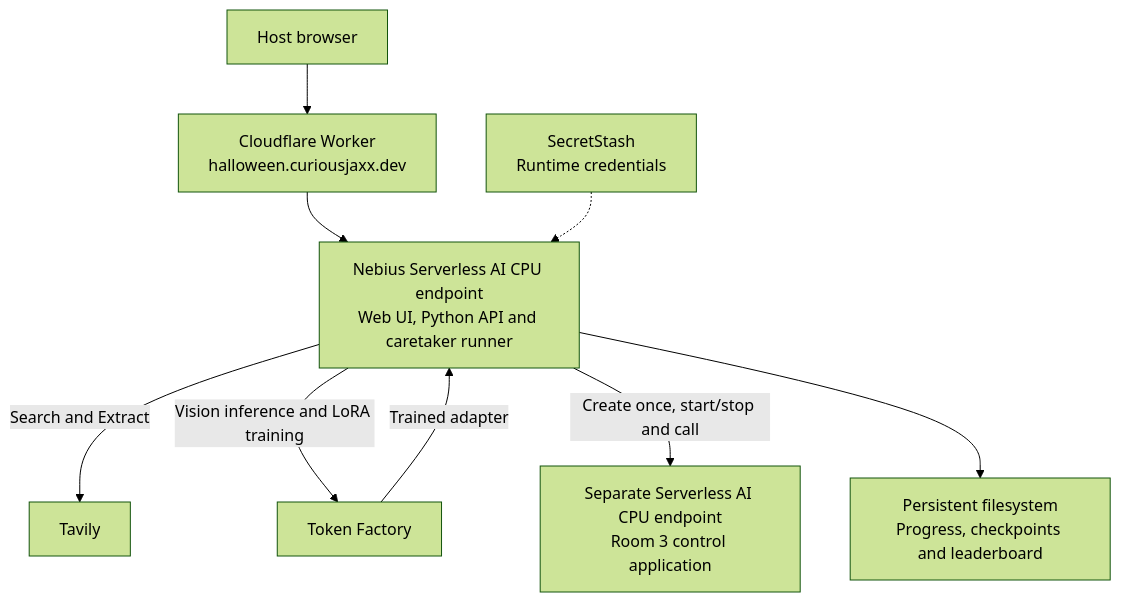
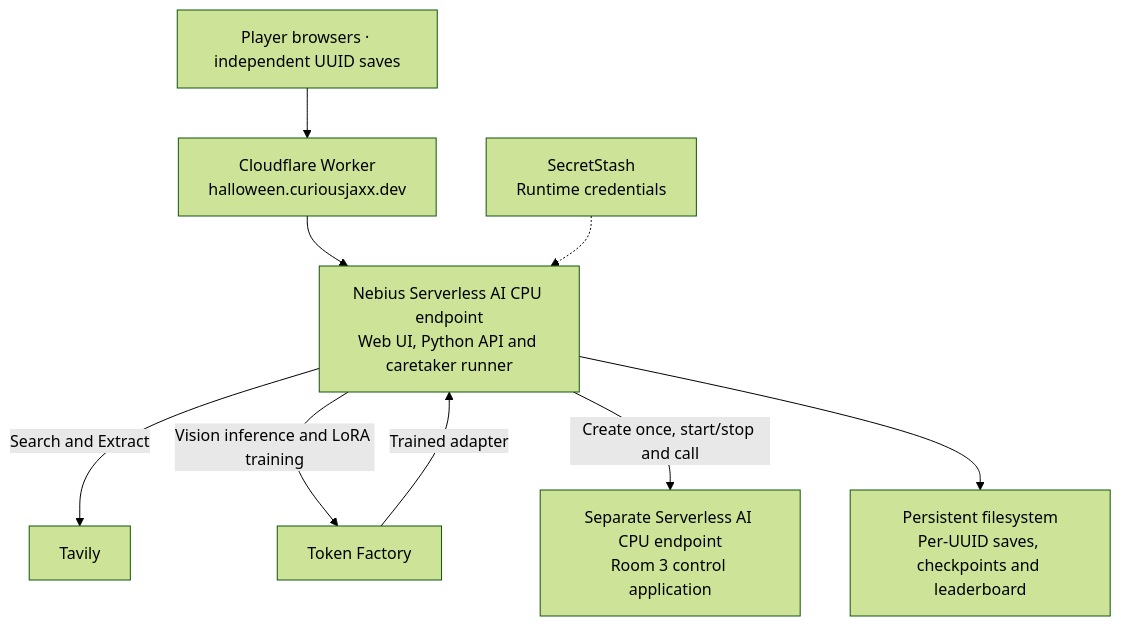
The diagram in README.md (gogococo/haunted-datacenter), drawn with Mermaid (forest theme) before and after one commit. The commit also changed other lines of this file and 13 other files, not shown here.

Commit message:
Add public UUID saves with isolated progress and shared CPU resources

````diff
--- a/README.md
+++ b/README.md
@@ -53,11 +53,11 @@
 ```mermaid
 flowchart TD
-    Browser[Host browser] --> Edge[Cloudflare Worker<br/>halloween.curiousjaxx.dev]
+    Browser[Player browsers · independent UUID saves] --> Edge[Cloudflare Worker<br/>halloween.curiousjaxx.dev]
     Edge --> Game[Nebius Serverless AI CPU endpoint<br/>Web UI, Python API and caretaker runner]
     Game -->|Search and Extract| Tavily[Tavily]
     Game -->|Vision inference and LoRA training| TF[Token Factory]
     TF -->|Trained adapter| Game
     Game -->|Create once, start/stop and call| Cooling[Separate Serverless AI CPU endpoint<br/>Room 3 control application]
-    Game --> Storage[Persistent filesystem<br/>Progress, checkpoints and leaderboard]
+    Game --> Storage[Persistent filesystem<br/>Per-UUID saves, checkpoints and leaderboard]
     Secrets[SecretStash<br/>Runtime credentials] -.-> Game
 ```
````
